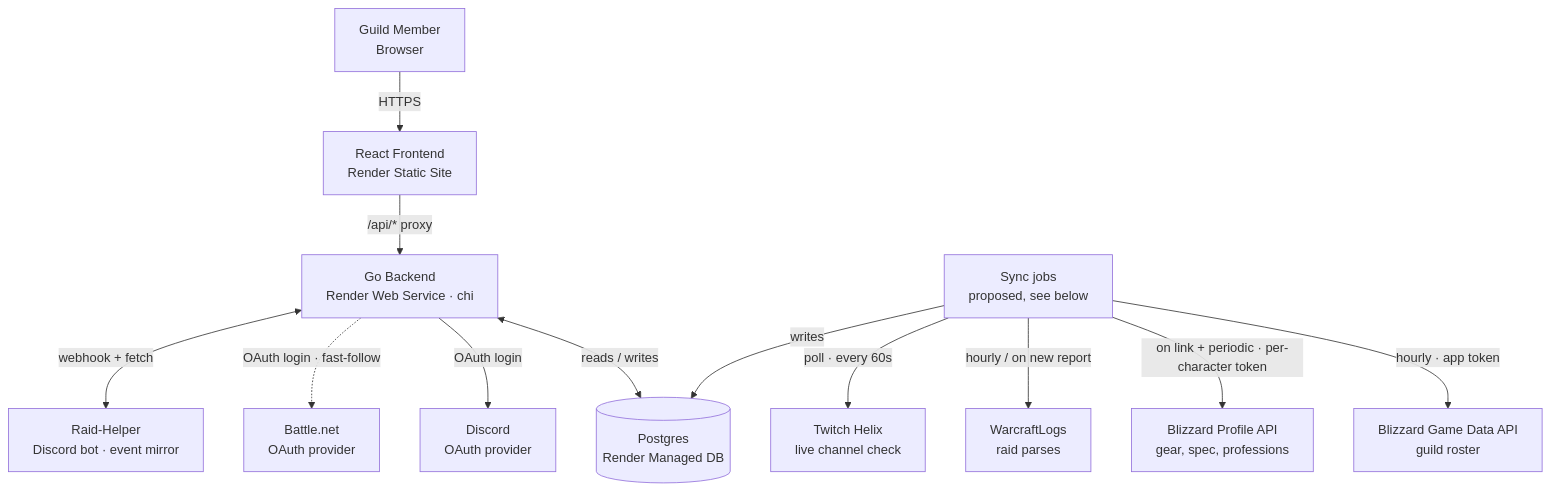
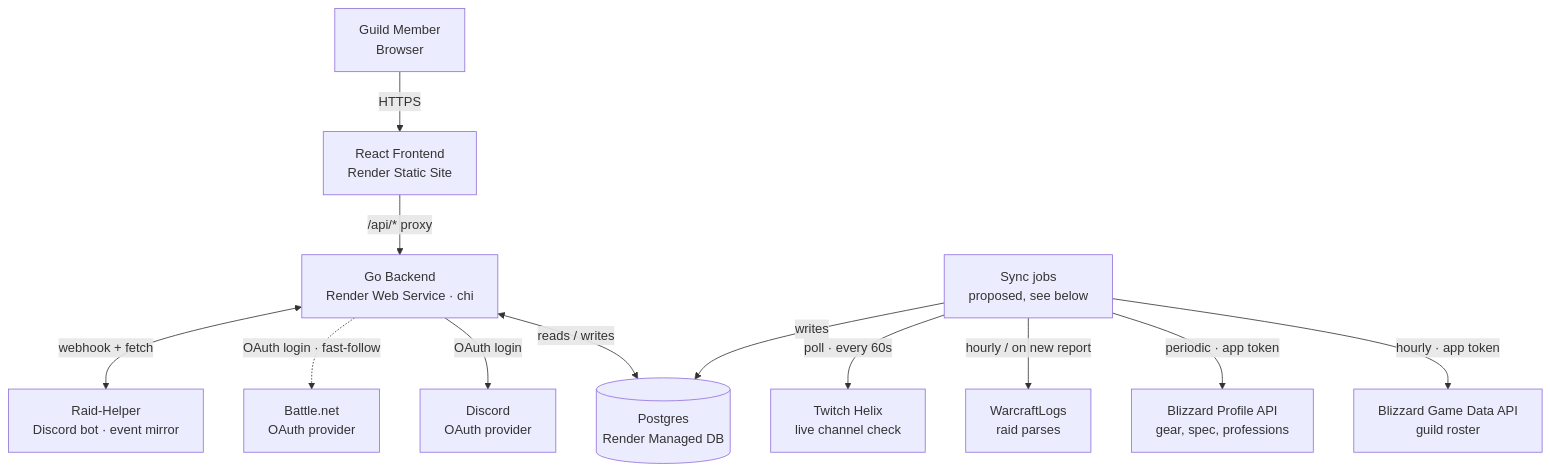
The diagram in plans/product-spec.md (cageymage/fuzion), drawn with Mermaid before and after one commit. The commit also changed other lines of this file, not shown here.

Commit message:
docs: Issue #101 - correct profession API assumptions in product spec

````diff
--- a/plans/product-spec.md
+++ b/plans/product-spec.md
@@ -128,14 +128,14 @@
 ```mermaid
 flowchart TB
     Browser["Guild Member<br/>Browser"] -->|HTTPS| FE
     FE["React Frontend<br/>Render Static Site"] -->|"/api/* proxy"| BE
     BE["Go Backend<br/>Render Web Service · chi"] <-->|reads / writes| PG[("Postgres<br/>Render Managed DB")]
     BE -->|OAuth login| Discord["Discord<br/>OAuth provider"]
     BE -.->|"OAuth login · fast-follow"| BattleNet["Battle.net<br/>OAuth provider"]
     BE <-->|webhook + fetch| RaidHelper["Raid-Helper<br/>Discord bot · event mirror"]
     Sync["Sync jobs<br/>proposed, see below"] -->|"hourly · app token"| BlizzardRoster["Blizzard Game Data API<br/>guild roster"]
-    Sync -->|"on link + periodic · per-character token"| BlizzardProfile["Blizzard Profile API<br/>gear, spec, professions"]
+    Sync -->|"periodic · app token"| BlizzardProfile["Blizzard Profile API<br/>gear, spec, professions"]
     Sync -->|"hourly / on new report"| WCL["WarcraftLogs<br/>raid parses"]
     Sync -->|"poll · every 60s"| Twitch["Twitch Helix<br/>live channel check"]
     Sync -->|writes| PG
 ```
````
